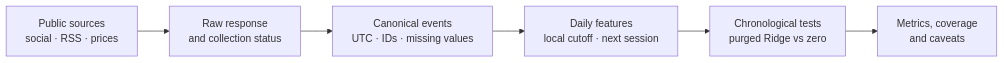
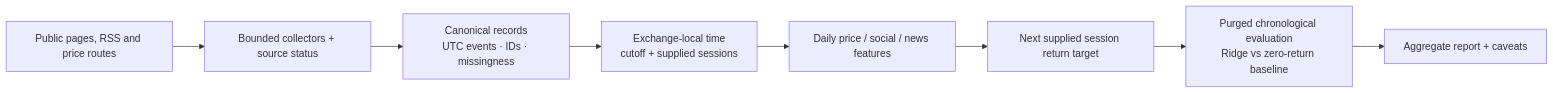
Before and after one commit to saishivasanjeethpaikarao-jpg/hengseng-sentiment-agent: the first of 2 diagrams in README.md, drawn with Mermaid. The commit also changed other lines of this file and 2 other files, not shown here.

````diff
--- a/README.md
+++ b/README.md
@@ -28,8 +61,10 @@
 ```mermaid
 flowchart LR
-    A[Public sources<br/>social · RSS · prices] --> B[Raw response<br/>and collection status]
-    B --> C[Canonical events<br/>UTC · IDs · missing values]
-    C --> D[Daily features<br/>local cutoff · next session]
-    D --> E[Chronological tests<br/>purged Ridge vs zero]
-    E --> F[Metrics, coverage<br/>and caveats]
+    A["Public pages, RSS and price routes"] --> B["Bounded collectors + source status"]
+    B --> C["Canonical records<br/>UTC events · IDs · missingness"]
+    C --> D["Exchange-local time<br/>cutoff + supplied sessions"]
+    D --> E["Daily price / social / news features"]
+    E --> F["Next supplied session return target"]
+    F --> G["Purged chronological evaluation<br/>Ridge vs zero-return baseline"]
+    G --> H["Aggregate report + caveats"]
 ```
````
